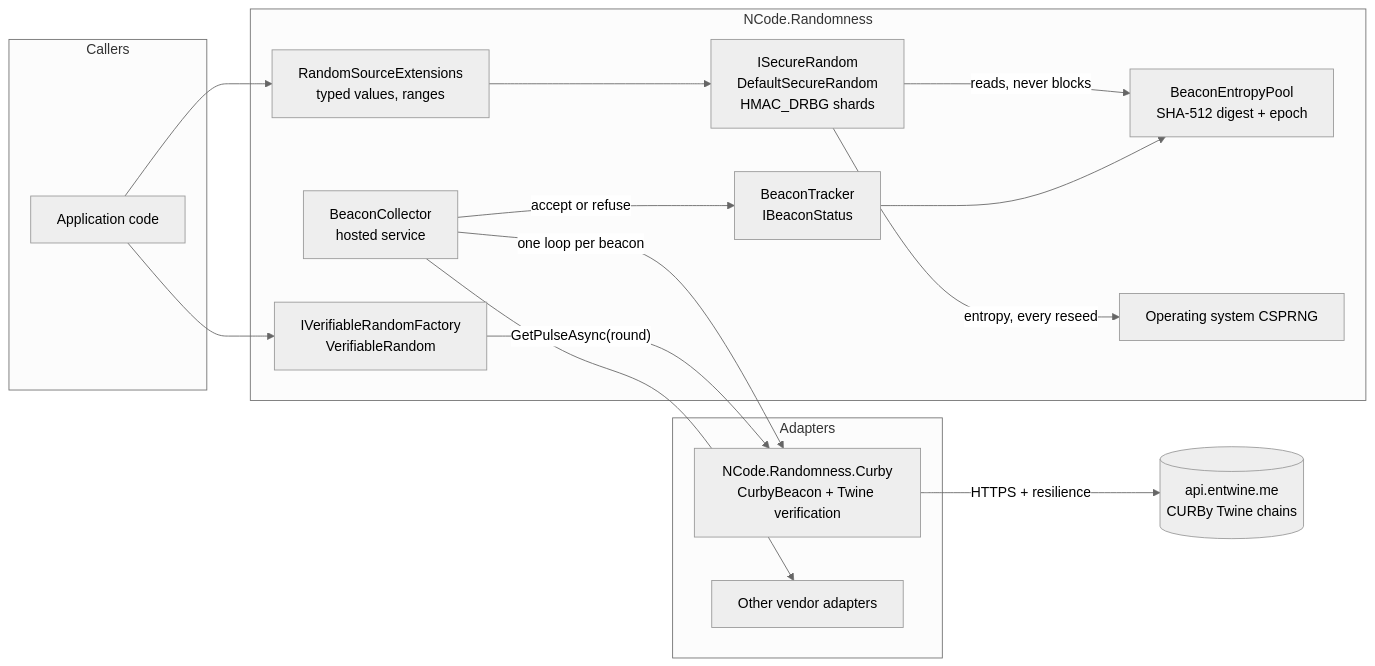
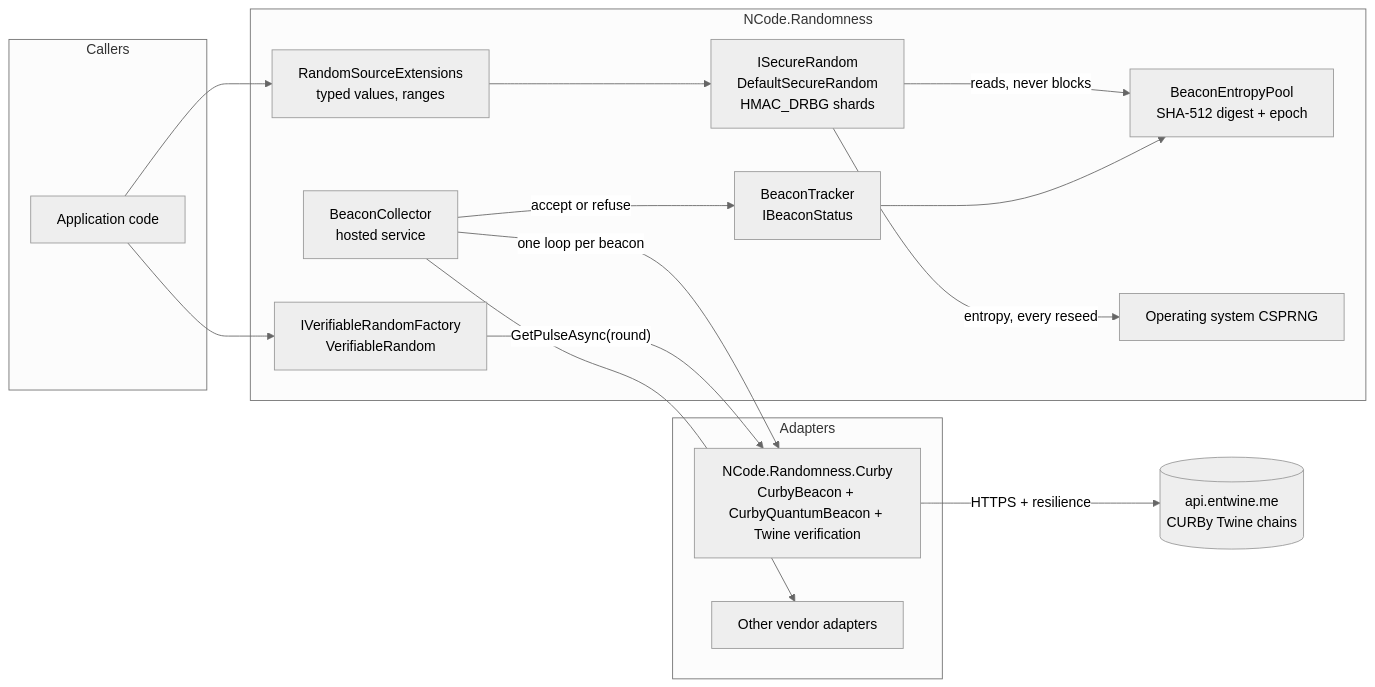
The diagram in docs/architecture.md (NCodeGroup/Randomness), drawn with Mermaid (neutral theme) before and after one commit. The commit also changed other lines of this file and 1 other file, not shown here.

Commit message:
Plan step 21: Document CURBy-Q in the architecture and draws pages

````diff
--- a/docs/architecture.md
+++ b/docs/architecture.md
@@ -8,30 +8,30 @@
 ```mermaid
 flowchart LR
     subgraph Callers
         App[Application code]
     end
     subgraph Core["NCode.Randomness"]
         Secure["ISecureRandom<br/>DefaultSecureRandom<br/>HMAC_DRBG shards"]
         Ext["RandomSourceExtensions<br/>typed values, ranges"]
         Pool["BeaconEntropyPool<br/>SHA-512 digest + epoch"]
         Tracker["BeaconTracker<br/>IBeaconStatus"]
         Collector["BeaconCollector<br/>hosted service"]
         Draws["IVerifiableRandomFactory<br/>VerifiableRandom"]
         OS["Operating system CSPRNG"]
     end
     subgraph Adapters
-        Curby["NCode.Randomness.Curby<br/>CurbyBeacon + Twine verification"]
+        Curby["NCode.Randomness.Curby<br/>CurbyBeacon + CurbyQuantumBeacon + Twine verification"]
         Other["Other vendor adapters"]
     end
     CurbyApi[("api.entwine.me<br/>CURBy Twine chains")]
 
     App --> Ext --> Secure
     App --> Draws
     Secure -- "entropy, every reseed" --> OS
     Secure -- "reads, never blocks" --> Pool
     Collector -- "one loop per beacon" --> Curby
     Collector --> Other
     Collector -- "accept or refuse" --> Tracker --> Pool
     Draws -- "GetPulseAsync(round)" --> Curby
     Curby -- "HTTPS + resilience" --> CurbyApi
 ```
````
